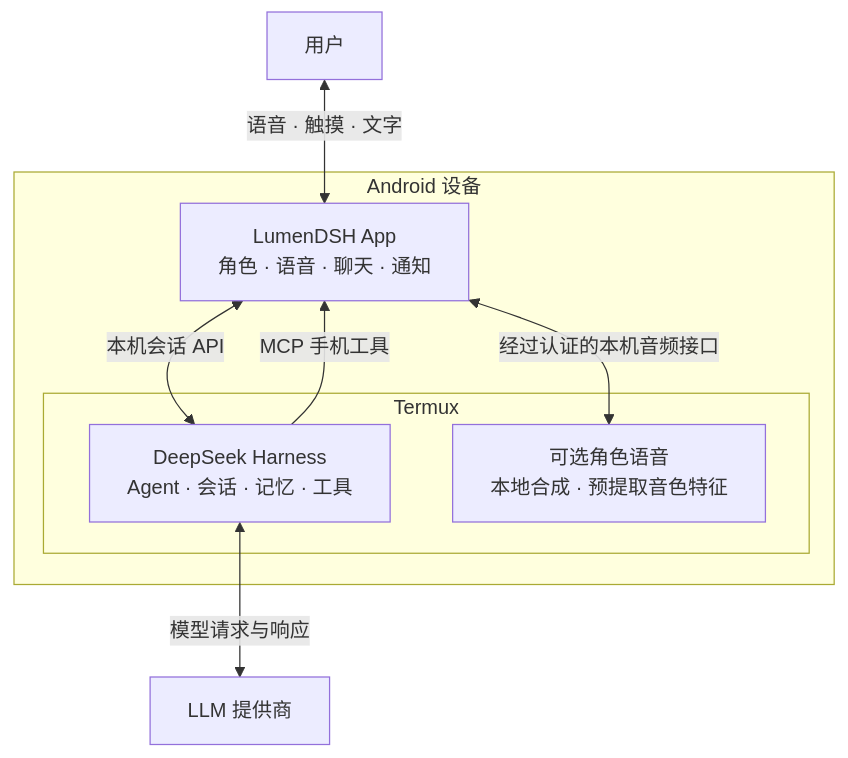
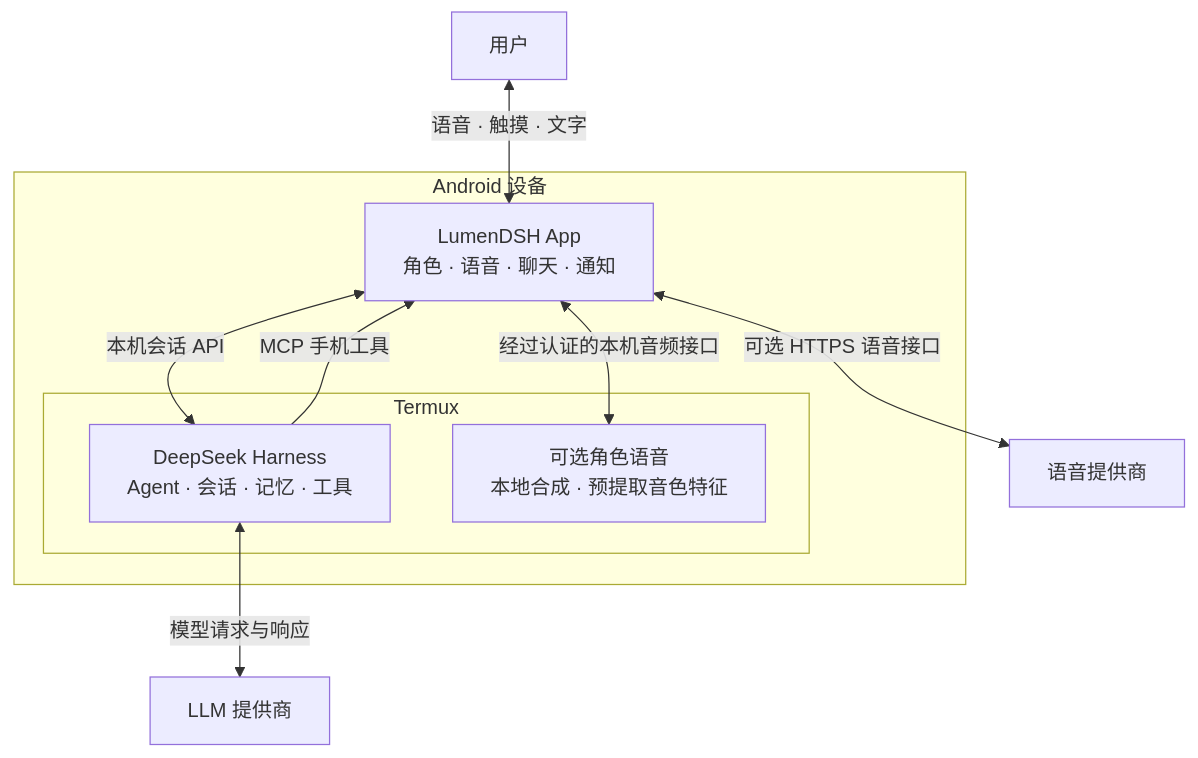
One commit to ydzat/LumenDSH changed the diagram in README.zh-CN.md. Above: the diagram before and after it, drawn with Mermaid. The commit also changed other lines of this file and 55 other files, not shown here.

````diff
--- a/README.zh-CN.md
+++ b/README.zh-CN.md
@@ -31,16 +32,17 @@
 ```mermaid
 flowchart TB
     user[用户]
     subgraph device[Android 设备]
         app["LumenDSH App<br/>角色 · 语音 · 聊天 · 通知"]
         subgraph termux[Termux]
             dsh["DeepSeek Harness<br/>Agent · 会话 · 记忆 · 工具"]
             voice["可选角色语音<br/>本地合成 · 预提取音色特征"]
         end
         app <-->|本机会话 API| dsh
         dsh -->|MCP 手机工具| app
         app <-->|经过认证的本机音频接口| voice
     end
     user <-->|语音 · 触摸 · 文字| app
     dsh <-->|模型请求与响应| provider[LLM 提供商]
+    app <-->|可选 HTTPS 语音接口| speech[语音提供商]
 ```
````
